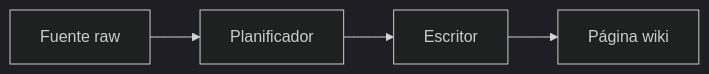
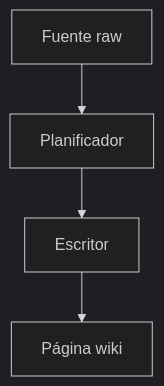
One commit to jmotadiaz/llm-wiki changed the diagram in server/src/llm/prompts/schema.md. Above: the diagram before and after it, drawn with Mermaid (dark theme). The commit also changed other lines of this file and 2 other files, not shown here.

Commit message:
fix feedback message bug and improve mermaids on mobile

`````diff
--- a/server/src/llm/prompts/schema.md
+++ b/server/src/llm/prompts/schema.md
@@ -250,6 +250,6 @@
 ````mermaid
-flowchart LR
+flowchart TD
     Fuente[Fuente raw] --> Planificador
     Planificador --> Escritor
     Escritor --> PáginaWiki[Página wiki]
 ````
`````
